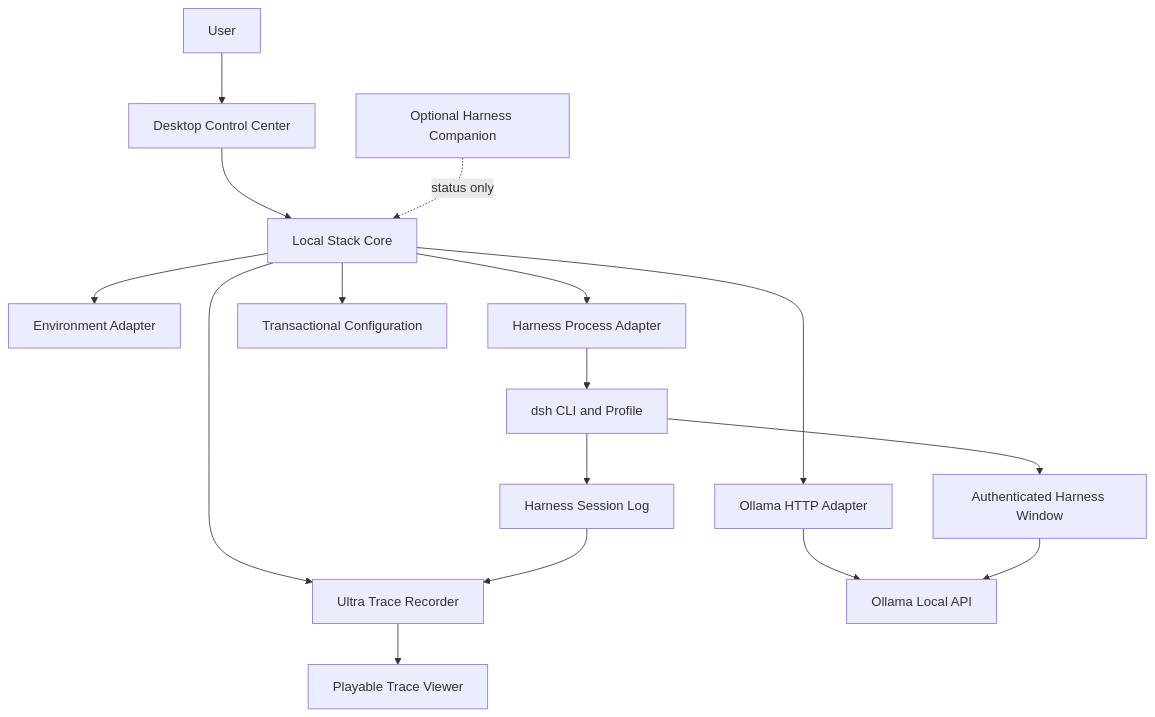
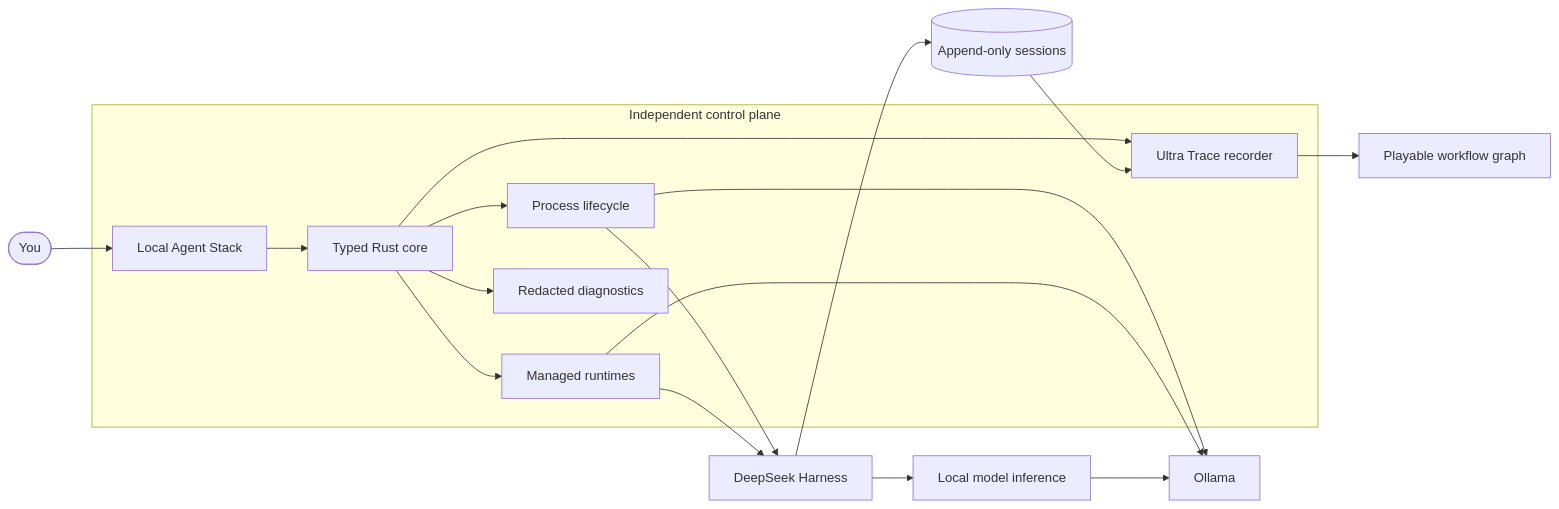
The diagram in README.md (HanyangZZZ/local-agent-stack), drawn with Mermaid before and after one commit. The commit also changed other lines of this file and 1 other file, not shown here.

````diff
--- a/README.md
+++ b/README.md
@@ -42,18 +121,22 @@
 ```mermaid
-flowchart TB
-    User --> Desktop[Desktop Control Center]
-    Desktop --> Core[Local Stack Core]
-    Core --> Env[Environment Adapter]
-    Core --> Ollama[Ollama HTTP Adapter]
-    Core --> Harness[Harness Process Adapter]
-    Core --> Recorder[Ultra Trace Recorder]
-    Core --> Config[Transactional Configuration]
-    Ollama --> OllamaAPI[Ollama Local API]
-    Harness --> Dsh[dsh CLI and Profile]
-    Dsh --> SessionLog[Harness Session Log]
-    SessionLog --> Recorder
-    Recorder --> TraceUI[Playable Trace Viewer]
-    Dsh --> HarnessUI[Authenticated Harness Window]
-    HarnessUI --> OllamaAPI
-    Companion[Optional Harness Companion] -. status only .-> Core
+flowchart LR
+    User([You]) --> Desktop[Local Agent Stack]
+
+    subgraph Control[Independent control plane]
+        Desktop --> Core[Typed Rust core]
+        Core --> Lifecycle[Process lifecycle]
+        Core --> Runtime[Managed runtimes]
+        Core --> Trace[Ultra Trace recorder]
+        Core --> Diagnostics[Redacted diagnostics]
+    end
+
+    Lifecycle --> Ollama[Ollama]
+    Lifecycle --> Harness[DeepSeek Harness]
+    Runtime --> Ollama
+    Runtime --> Harness
+    Harness --> Sessions[(Append-only sessions)]
+    Sessions --> Trace
+    Trace --> Replay[Playable workflow graph]
+    Harness --> Models[Local model inference]
+    Models --> Ollama
 ```
````
